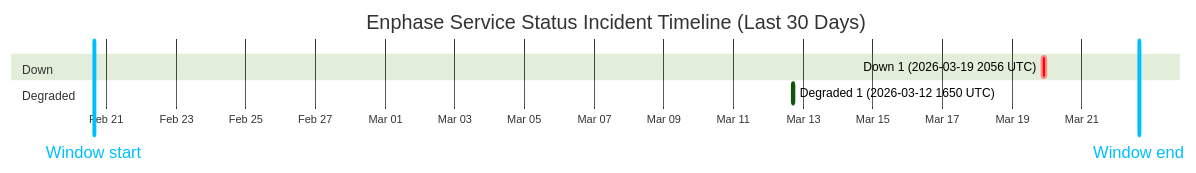
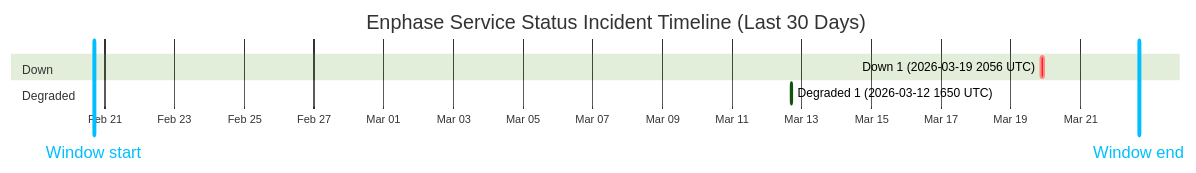
The diagram in wiki/Service-Status-History.md (barneyonline/ha-enphase-ev-charger), drawn with Mermaid (forest theme) before and after one commit. The commit also changed other lines of this file and 3 other files, not shown here.

````diff
--- a/wiki/Service-Status-History.md
+++ b/wiki/Service-Status-History.md
@@ -14,12 +14,12 @@
 ```mermaid
 gantt
     title Enphase Service Status Incident Timeline (Last 30 Days)
     dateFormat  YYYY-MM-DDTHH:mm:ss
     axisFormat  %b %d
-    Window start :vert, window-start, 2026-02-20T15:17:43, 0ms
-    Window end :vert, window-end, 2026-03-22T15:17:43, 0ms
+    Window start :vert, window-start, 2026-02-20T16:19:07, 0ms
+    Window end :vert, window-end, 2026-03-22T16:19:07, 0ms
     section Down
     Down 1 (2026-03-19 2056 UTC) :crit, down-1, 2026-03-19T20:56:20, 145m
     section Degraded
     Degraded 1 (2026-03-12 1650 UTC) :active, degraded-1, 2026-03-12T16:50:43, 60m
 ```
````
